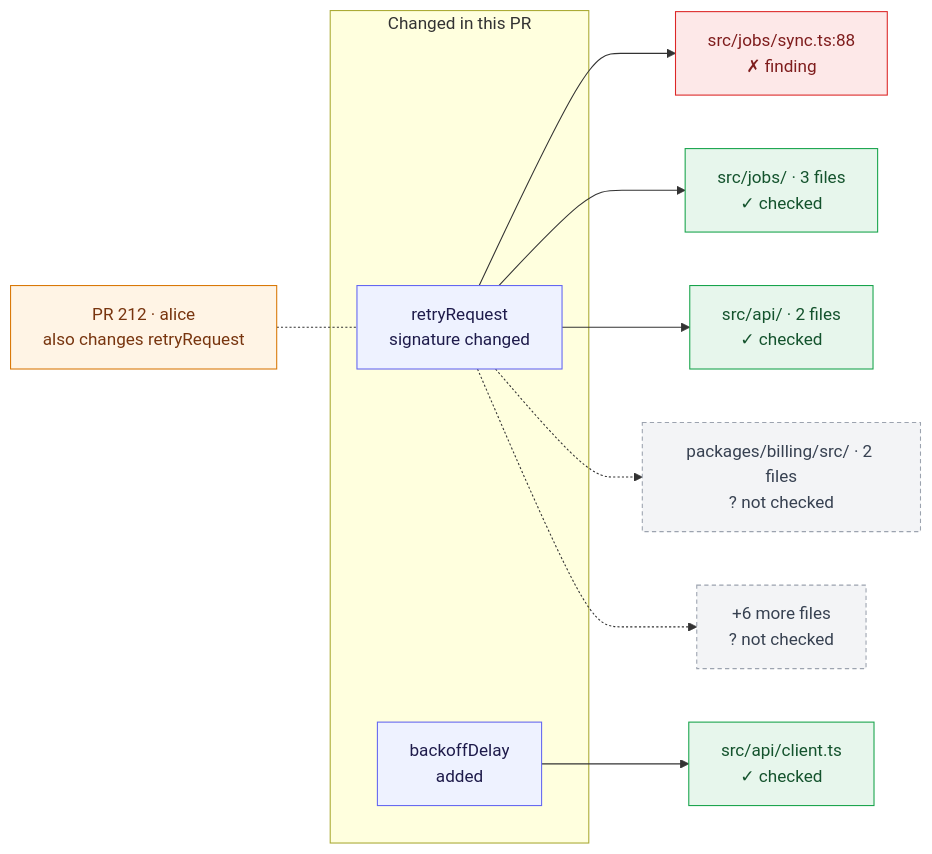
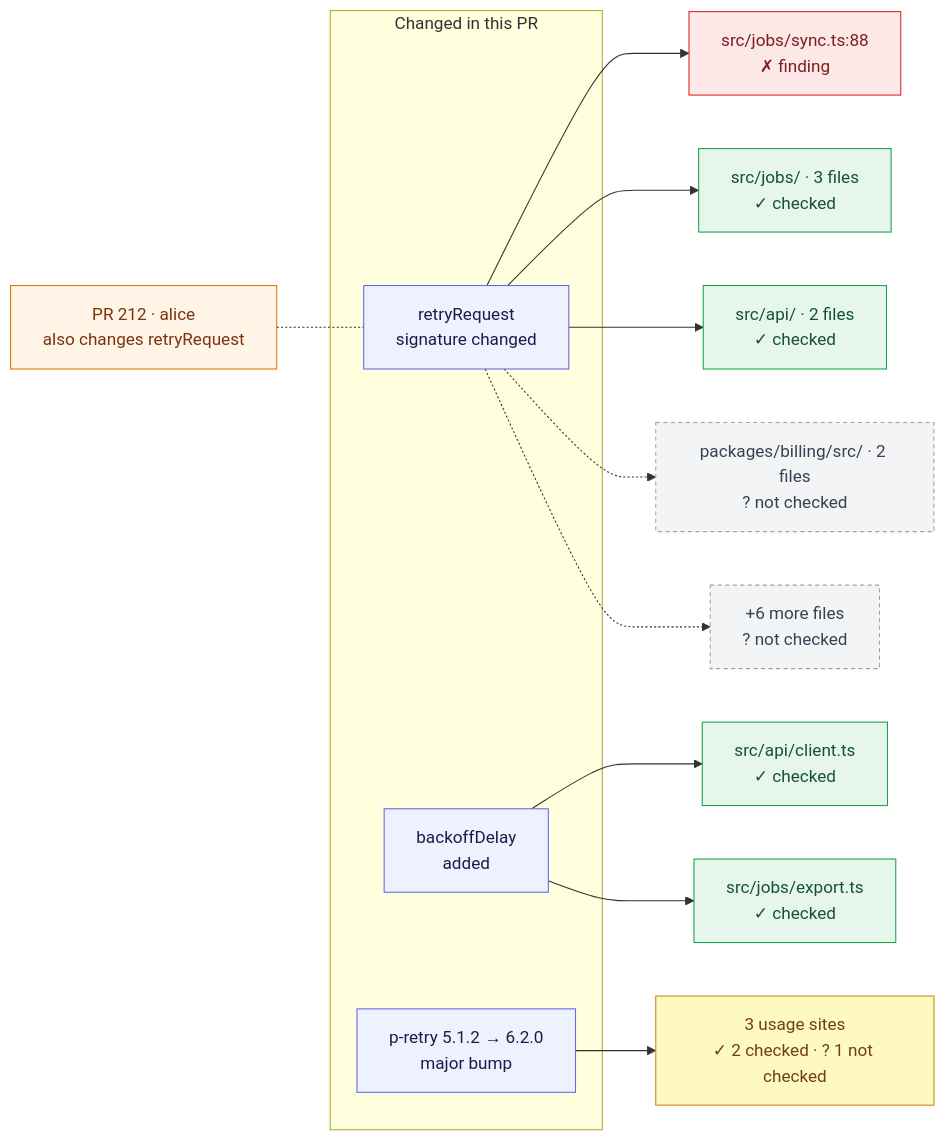
One commit to mthines/agent-skills changed the diagram in scripts/eval/fixtures/report-body/reach-progress.expected.md. Above: the diagram before and after it, drawn with Mermaid. The commit also changed other lines of this file and 12 other files, not shown here.

````diff
--- a/scripts/eval/fixtures/report-body/reach-progress.expected.md
+++ b/scripts/eval/fixtures/report-body/reach-progress.expected.md
@@ -19,27 +19,32 @@
 ```mermaid
 flowchart LR
   subgraph pr["Changed in this PR"]
     s1["retryRequest<br/>signature changed"]:::changed
     s2["backoffDelay<br/>added"]:::changed
+    d1["p-retry 5.1.2 → 6.2.0<br/>major bump"]:::changed
   end
   s1c1["src/jobs/sync.ts:88<br/>✗ finding"]:::bad
   s1c2["src/jobs/ · 3 files<br/>✓ checked"]:::ok
   s1c3["src/api/ · 2 files<br/>✓ checked"]:::ok
   s1c4["packages/billing/src/ · 2 files<br/>? not checked"]:::unknown
   s1c5["+6 more files<br/>? not checked"]:::unknown
   s2c1["src/api/client.ts<br/>✓ checked"]:::ok
+  s2c2["src/jobs/export.ts<br/>✓ checked"]:::ok
+  d1u["3 usage sites<br/>✓ 2 checked · ? 1 not checked"]:::partial
   o1["PR 212 · alice<br/>also changes retryRequest"]:::warn
   s1 --> s1c1
   s1 --> s1c2
   s1 --> s1c3
   s1 -.-> s1c4
   s1 -.-> s1c5
   s2 --> s2c1
+  s2 --> s2c2
+  d1 --> d1u
   o1 -.- s1
   classDef changed fill:#eef2ff,stroke:#6366f1,color:#1e1b4b
   classDef ok fill:#e7f6ec,stroke:#16a34a,color:#14532d
   classDef partial fill:#fef9c3,stroke:#ca8a04,color:#713f12
   classDef unknown fill:#f3f4f6,stroke:#9ca3af,stroke-dasharray:4 3,color:#374151
   classDef bad fill:#fde8e8,stroke:#dc2626,color:#7f1d1d
   classDef warn fill:#fff4e5,stroke:#d97706,color:#78350f
 ```
````
